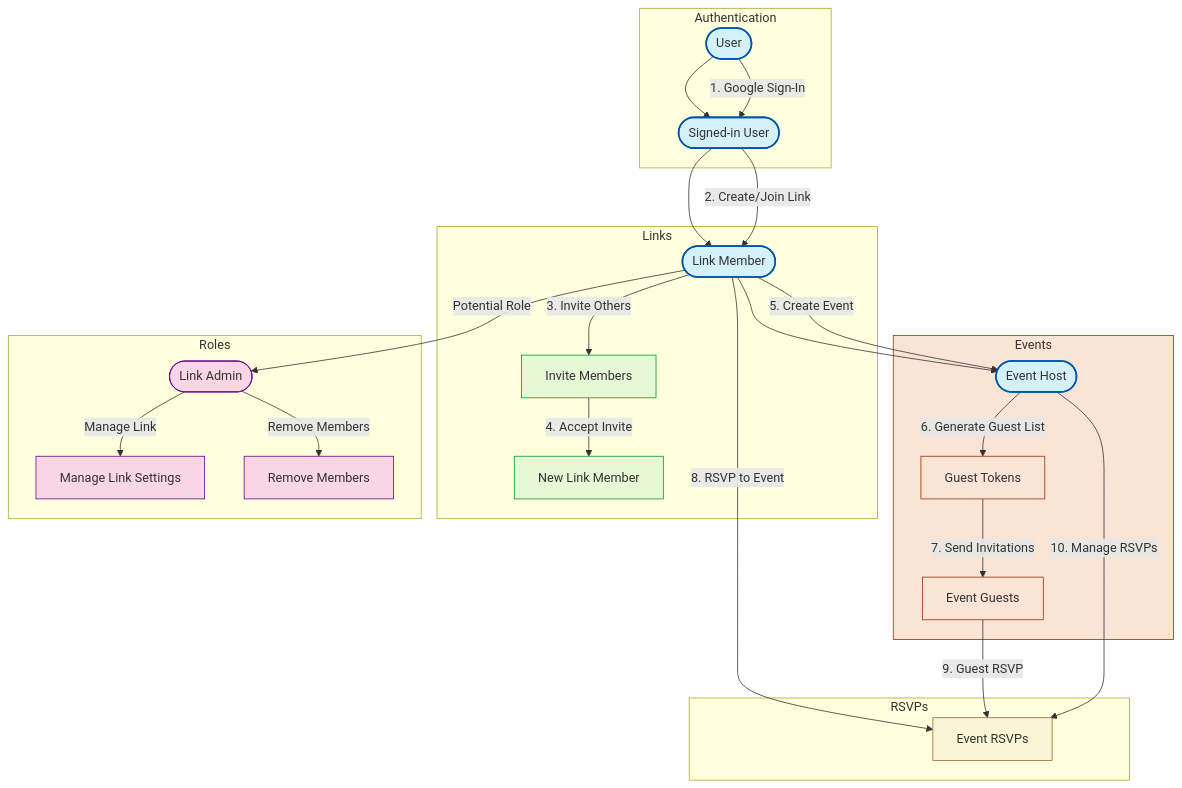
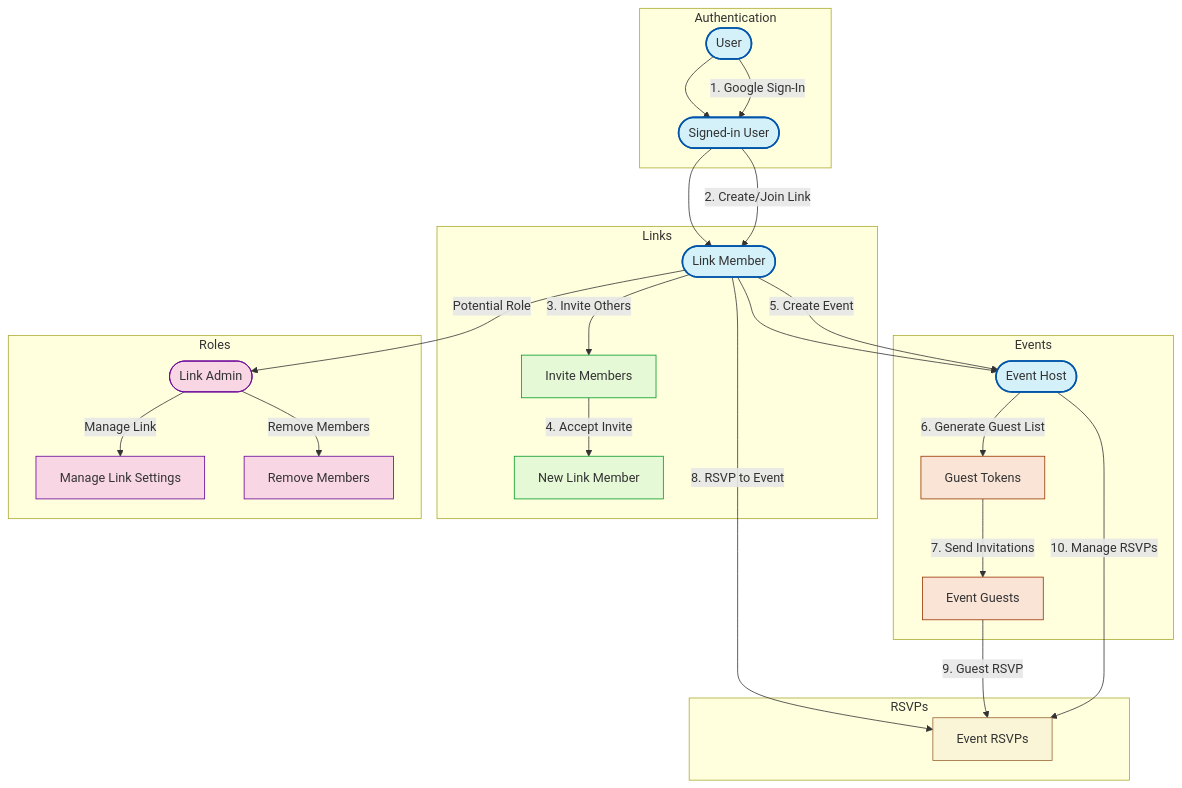
Before and after one commit to ichilabs/invites.cc: the second of 2 diagrams in docs/design-doc.md, drawn with Mermaid.

Commit message:
docs: Updated MVP design document

````diff
--- a/docs/design-doc.md
+++ b/docs/design-doc.md
@@ -158,50 +158,50 @@
 ```mermaid
 flowchart TD
     %% Main user states
     User(["User"]) --> SignedInUser(["Signed-in User"])
     SignedInUser --> LinkMember(["Link Member"])
     LinkMember --> EventHost(["Event Host"])
-
+    
     %% Main actions and connections
     subgraph Authentication
         User -->|1. Google Sign-In| SignedInUser
     end
-
+    
     subgraph Links
         SignedInUser -->|2. Create/Join Link| LinkMember
         LinkMember -->|3. Invite Others| InviteMembers["Invite Members"]
         InviteMembers -->|4. Accept Invite| NewLinkMember["New Link Member"]
     end
-
+    
     subgraph Events
         LinkMember -->|5. Create Event| EventHost
         EventHost -->|6. Generate Guest List| GT["Guest Tokens"]
         GT -->|7. Send Invitations| Guests["Event Guests"]
     end
-
+    
     subgraph RSVPs
         LinkMember -->|8. RSVP to Event| EventRSVP["Event RSVPs"]
         Guests -->|9. Guest RSVP| EventRSVP
         EventHost -->|10. Manage RSVPs| EventRSVP
     end
-
+    
     %% Additional Roles and Permissions
     subgraph Roles
         LinkMember -->|Potential Role| LinkAdmin(["Link Admin"])
         LinkAdmin -->|Manage Link| ManageLink["Manage Link Settings"]
         LinkAdmin -->|Remove Members| RemoveMembers["Remove Members"]
     end
-
+    
     %% Styling
     classDef user fill:#d4f1f9,stroke:#05a,stroke-width:2px
     classDef links fill:#e5f9d6,stroke:#092,stroke-width:1px
     classDef events fill:#f9e4d6,stroke:#930,stroke-width:1px
     classDef rsvp fill:#f9f5d6,stroke:#963,stroke-width:1px
     classDef roles fill:#f9d6e4,stroke:#609,stroke-width:1px
-
+    
     class User,SignedInUser,LinkMember,EventHost user
     class InviteMembers,NewLinkMember links
-    class GT,Guests,Events events
+    class GT,Guests events
     class EventRSVP rsvp
     class LinkAdmin,ManageLink,RemoveMembers roles
 ```
````
